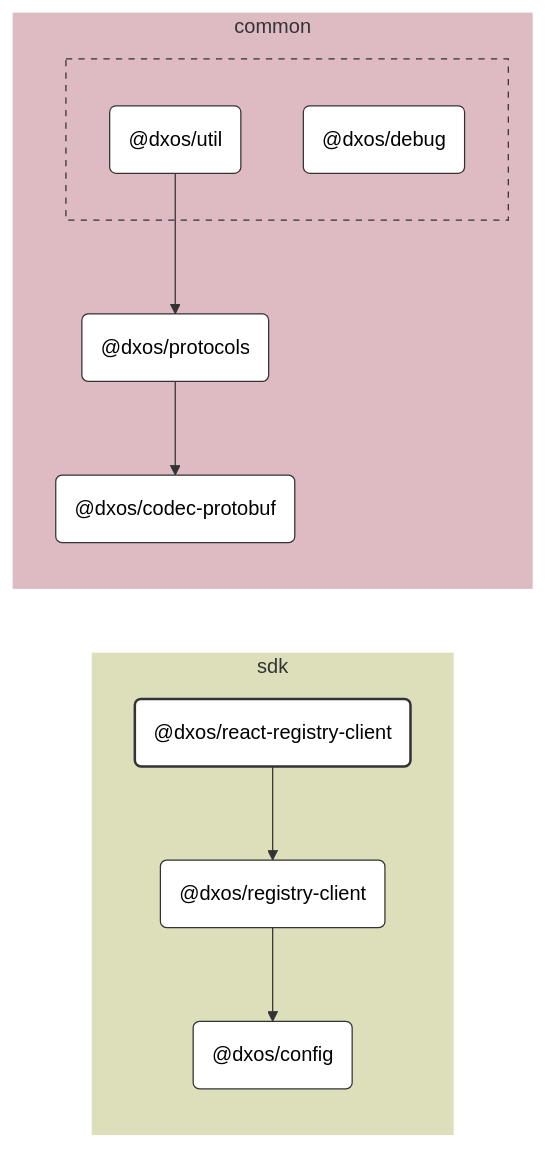
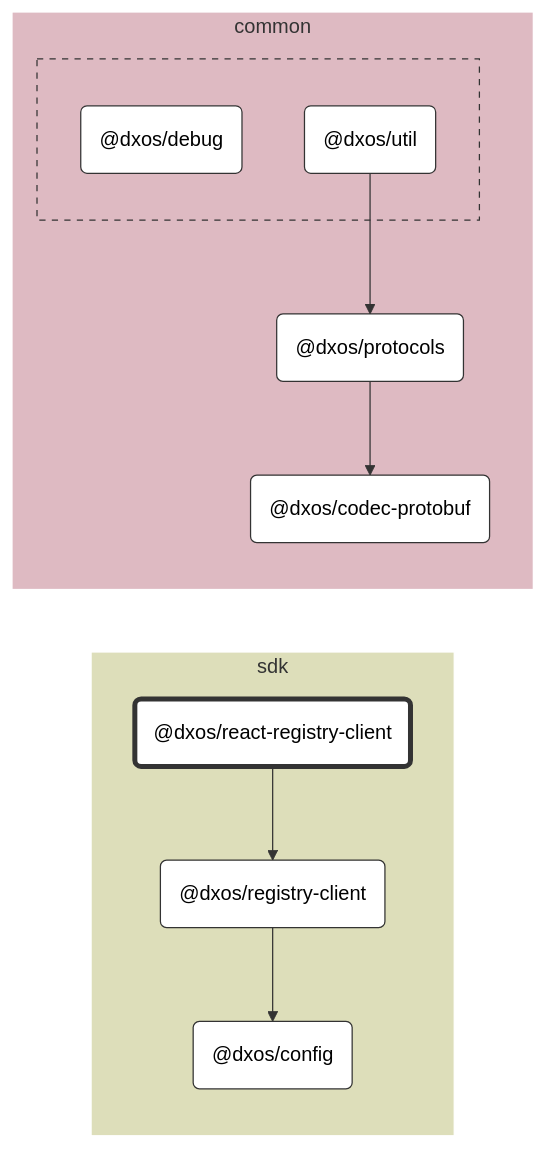
The diagram in packages/sdk/react-registry-client/docs/README.md (dxos/dxos), drawn with Mermaid (forest theme) before and after one commit. The commit also changed 104 other files, not shown here.

````diff
--- a/packages/sdk/react-registry-client/docs/README.md
+++ b/packages/sdk/react-registry-client/docs/README.md
@@ -7,57 +7,44 @@
 ```mermaid
 %%{ init: {'flowchart':{'curve':'basis'}} }%%
 
 flowchart LR
 
-%% Links
-dxos/protocols --> dxos/codec-protobuf;
-dxos/react-registry-client --> dxos/registry-client;
-dxos/registry-client --> dxos/config;
-dxos/util --> dxos/protocols;
+%% Classes
+classDef def fill:#fff,stroke:#333,stroke-width:1px
+classDef root fill:#fff,stroke:#333,stroke-width:4px
 
-%% Sections
-subgraph sdk
-  style sdk fill:#dddeba,stroke:#fff;
+%% Nodes
 
-  dxos/config("@dxos/config")
-  dxos/react-registry-client("@dxos/react-registry-client")
-  dxos/registry-client("@dxos/registry-client")
+subgraph sdk [sdk]
+  style sdk fill:#dddeba,stroke:#fff
+  dxos/react-registry-client("@dxos/react-registry-client"):::root
+  click dxos/react-registry-client "dxos/dxos/tree/main/packages/sdk/react-registry-client/docs"
+  dxos/config("@dxos/config"):::def
+  click dxos/config "dxos/dxos/tree/main/packages/sdk/config/docs"
+  dxos/registry-client("@dxos/registry-client"):::def
+  click dxos/registry-client "dxos/dxos/tree/main/packages/sdk/registry-client/docs"
 end
 
-subgraph common
-  style common fill:#debac2,stroke:#fff;
-
-  dxos/codec-protobuf("@dxos/codec-protobuf")
-  dxos/protocols("@dxos/protocols")
+subgraph common [common]
+  style common fill:#debac2,stroke:#fff
+  dxos/codec-protobuf("@dxos/codec-protobuf"):::def
+  click dxos/codec-protobuf "dxos/dxos/tree/main/packages/common/codec-protobuf/docs"
+  dxos/protocols("@dxos/protocols"):::def
+  click dxos/protocols "dxos/dxos/tree/main/packages/common/protocols/docs"
 
   subgraph common-excluded [ ]
-    style common-excluded fill:#debac2,stroke:#333,stroke-dasharray:5 5;
-
-    dxos/debug("@dxos/debug")
-    dxos/util("@dxos/util")
+    style common-excluded fill:#debac2,stroke:#333,stroke-dasharray:5 5
+    dxos/debug("@dxos/debug"):::def
+    click dxos/debug "dxos/dxos/tree/main/packages/common/debug/docs"
+    dxos/util("@dxos/util"):::def
+    click dxos/util "dxos/dxos/tree/main/packages/common/util/docs"
   end
 end
 
-
-%% Hyperlinks
-click dxos/codec-protobuf "dxos/dxos/tree/main/packages/common/codec-protobuf/docs";
-click dxos/config "dxos/dxos/tree/main/packages/sdk/config/docs";
-click dxos/debug "dxos/dxos/tree/main/packages/common/debug/docs";
-click dxos/protocols "dxos/dxos/tree/main/packages/common/protocols/docs";
-click dxos/registry-client "dxos/dxos/tree/main/packages/sdk/registry-client/docs";
-click dxos/util "dxos/dxos/tree/main/packages/common/util/docs";
-
-%% Styles
-classDef rootNode fill:#fff,stroke:#333,stroke-width:2px
-classDef defaultNode fill:#fff,stroke:#333,stroke-width:1px
+%% Links
 linkStyle default stroke:#333,stroke-width:1px
-
-dxos/react-registry-client:::rootNode
-
-dxos/codec-protobuf:::defaultNode
-dxos/config:::defaultNode
-dxos/debug:::defaultNode
-dxos/protocols:::defaultNode
-dxos/registry-client:::defaultNode
-dxos/util:::defaultNode
+dxos/protocols --> dxos/codec-protobuf
+dxos/util --> dxos/protocols
+dxos/react-registry-client --> dxos/registry-client
+dxos/registry-client --> dxos/config
 ```
````
